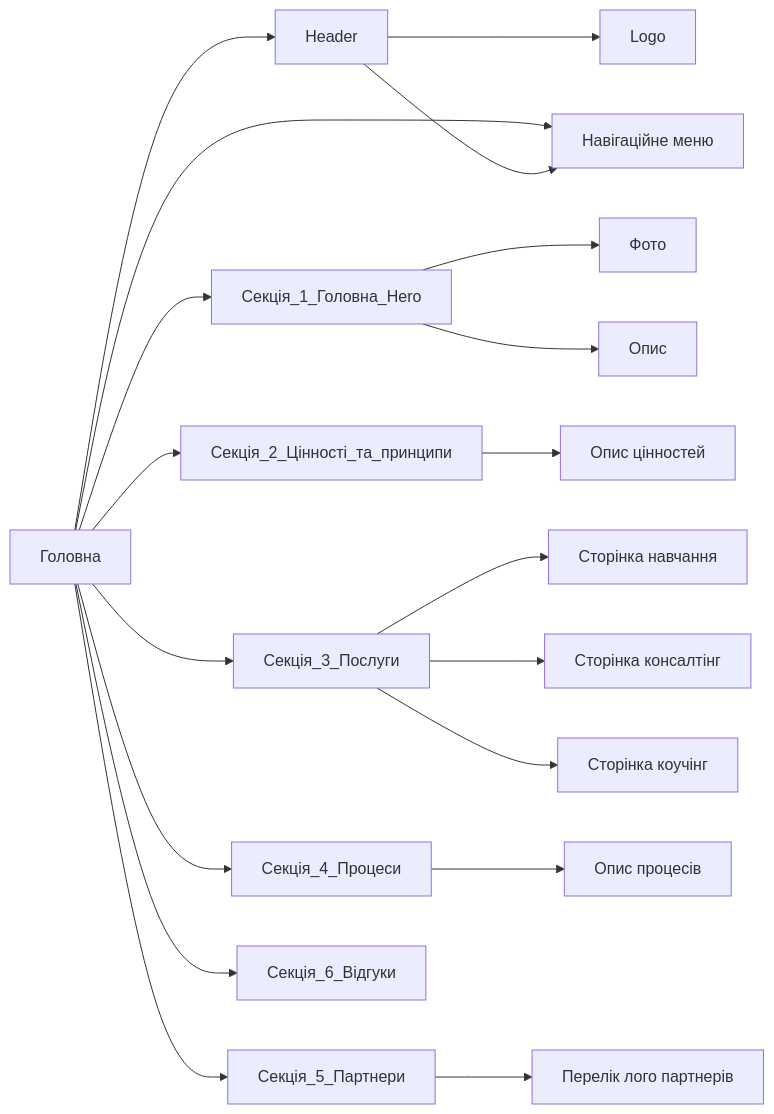
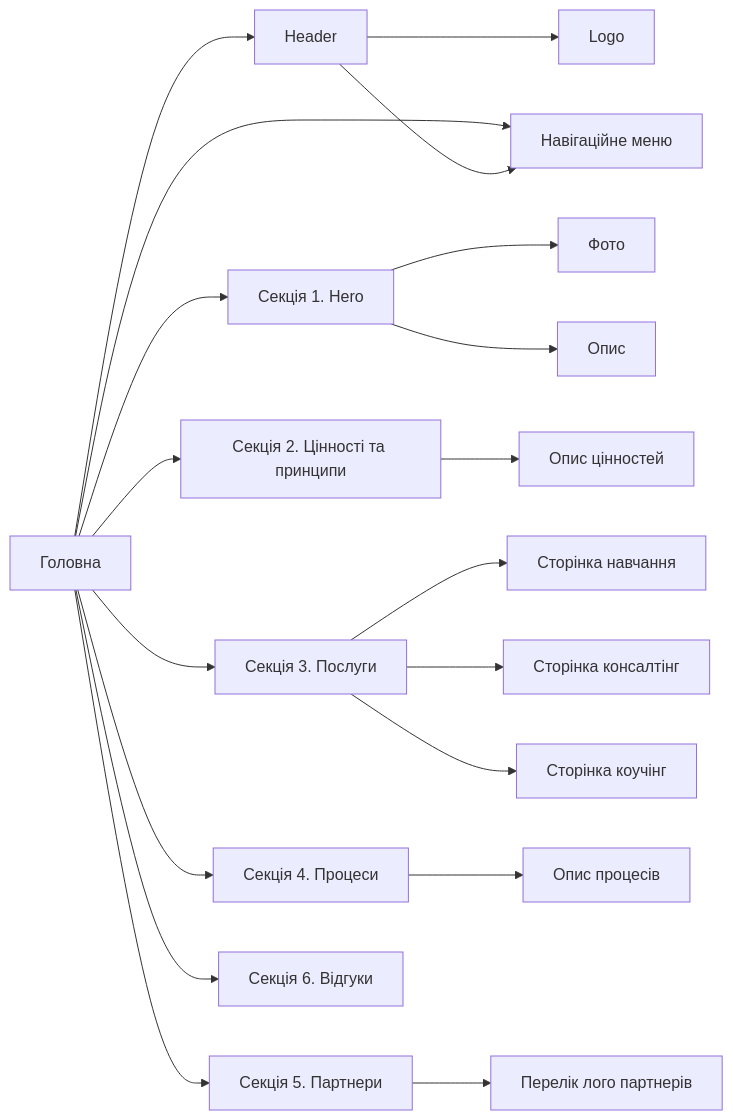
Before and after one commit to sergio-nezhigay/carptravel: the diagram in README.md, drawn with Mermaid.

````diff
--- a/README.md
+++ b/README.md
@@ -57,22 +57,22 @@
 ```mermaid
 graph LR
   A[Головна] --> B[Header]
-  A --> C[Секція_1_Головна_Hero]
-  A --> D[Секція_2_Цінності_та_принципи]
-  A --> E[Секція_3_Послуги]
-  A --> F[Секція_4_Процеси]
-  A --> G[Секція_5_Партнери]
-  A --> H[Секція_6_Відгуки]
-	A --> I[Секція_5_Партнери]
+  A --> C[Секція 1. Hero]
+  A --> D[Секція 2. Цінності та принципи]
+  A --> E[Секція 3. Послуги]
+  A --> F[Секція 4. Процеси]
+  A --> G[Секція 5. Партнери]
+  A --> H[Секція 6. Відгуки]
+  A --> I[Секція 5. Партнери]
   B --> J[Logo]
   B --> I[Навігаційне меню]
   C --> K[Фото]
   C --> L[Опис]
   D --> M[Опис цінностей]
   E --> N[Сторінка навчання]
   E --> O[Сторінка консалтінг]
 	E --> P[Сторінка коучінг]
   F --> R[Опис процесів]
   G --> S[Перелік лого партнерів]
 
 ```
````
